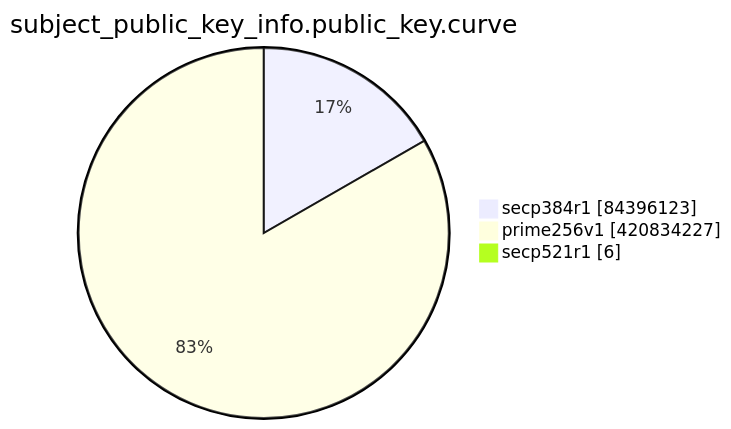
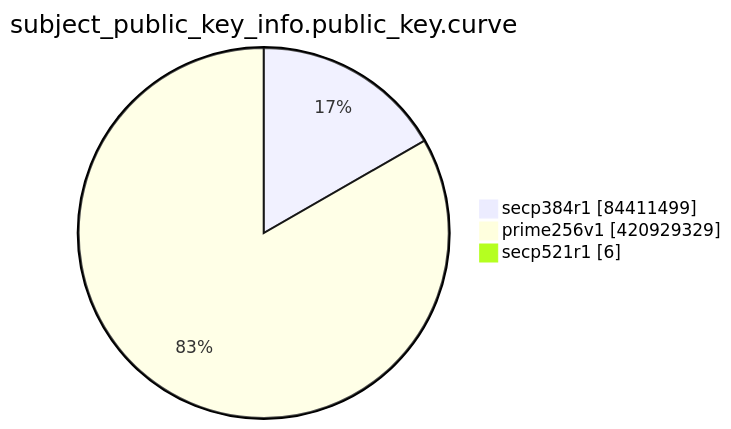
The eighth of 15 diagrams in TOTAL/README.md (christiankrug/ctmonitor_visualization), drawn with Mermaid before and after one commit. The commit also changed other lines of this file, not shown here.

````diff
--- a/TOTAL/README.md
+++ b/TOTAL/README.md
@@ -3099,7 +3099,7 @@
 ```mermaid
 pie showData
 title subject_public_key_info.public_key.curve
-"secp384r1" :84396123
-"prime256v1" :420834227
+"secp384r1" :84411499
+"prime256v1" :420929329
 "secp521r1" :6
 ```
````
